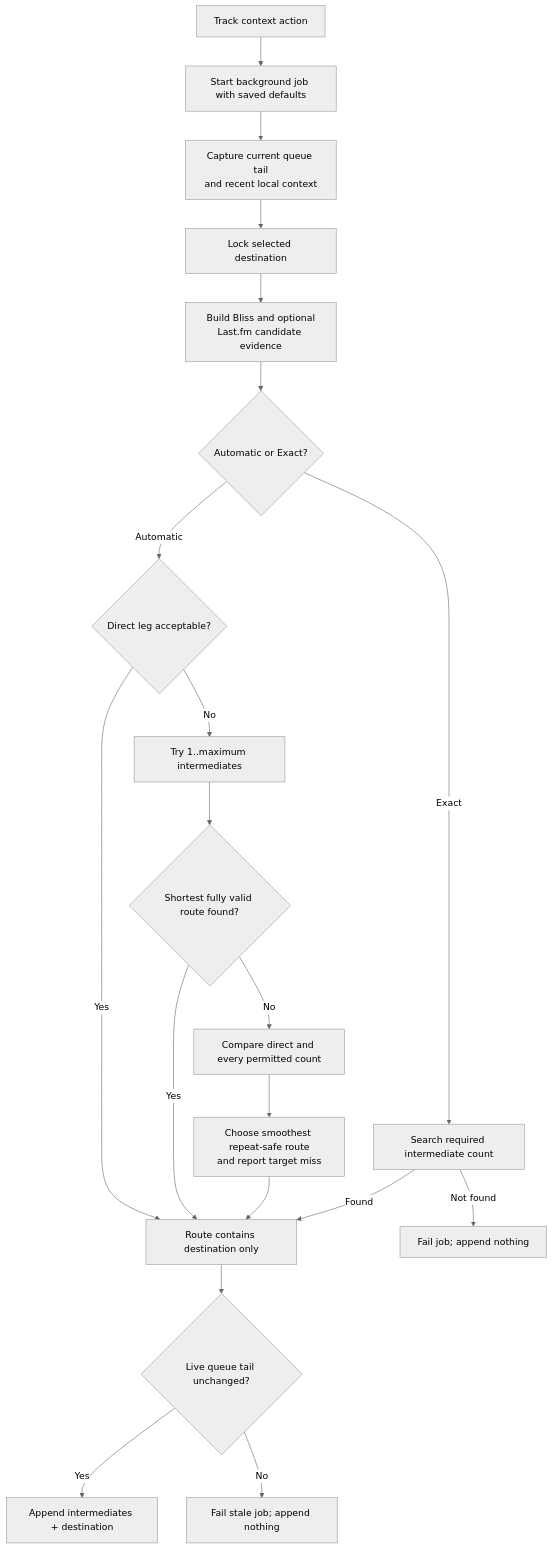
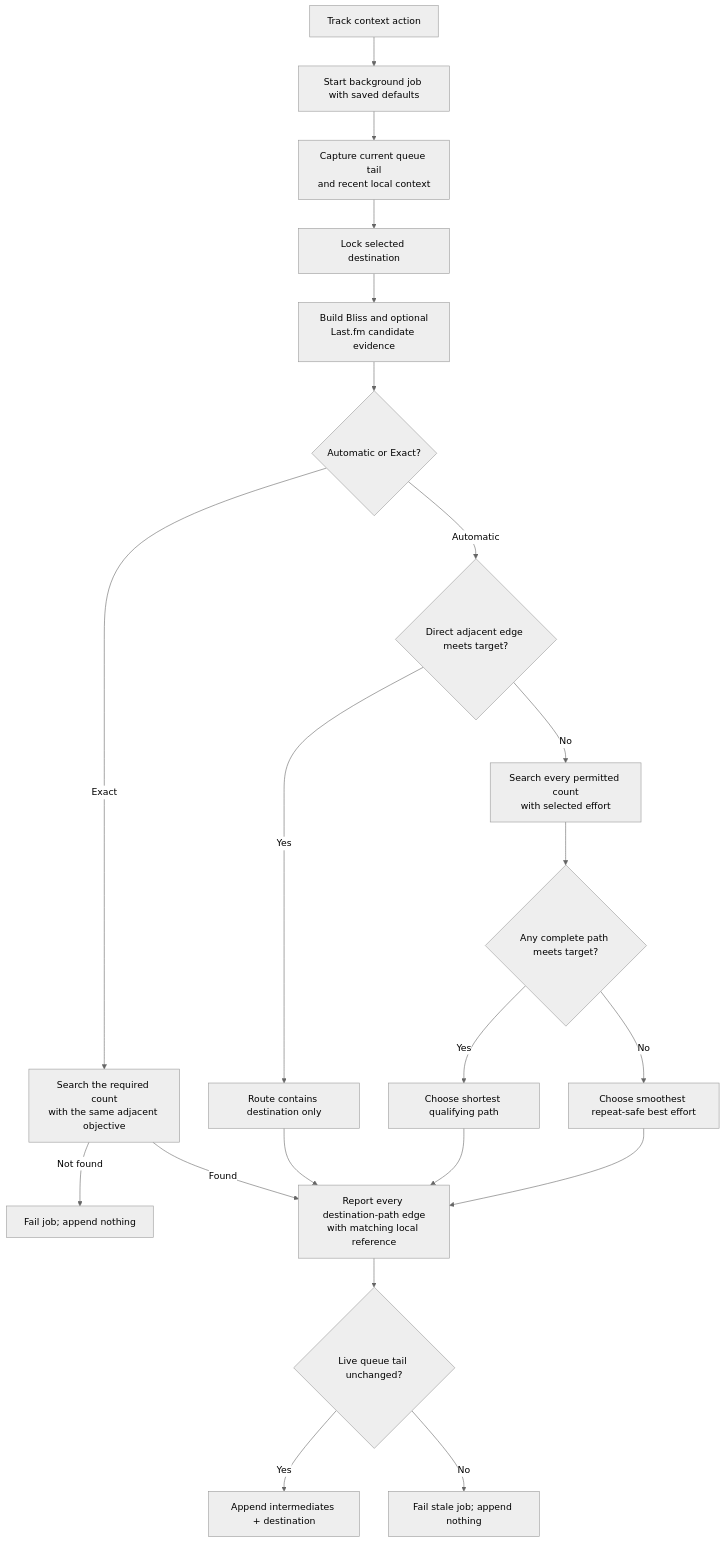
One commit to chrober/lms-better-call-bliss changed the first of 8 diagrams in ALGORITHMS.md. Above: the diagram before and after it, drawn with Mermaid (neutral theme). The commit also changed other lines of this file and 13 other files, not shown here.

Commit message:
Expose destination route search effort

```diff
--- a/ALGORITHMS.md
+++ b/ALGORITHMS.md
@@ -84,22 +85,23 @@
 ~~~mermaid
 flowchart TD
     A["Track context action"] --> B["Start background job with saved defaults"]
     B --> C["Capture current queue tail<br/>and recent local context"]
     C --> D["Lock selected destination"]
     D --> E["Build Bliss and optional<br/>Last.fm candidate evidence"]
     E --> F{"Automatic or Exact?"}
-    F -- Automatic --> G{"Direct leg acceptable?"}
+    F -- Automatic --> G{"Direct adjacent edge meets target?"}
     G -- Yes --> K["Route contains destination only"]
-    G -- No --> H["Try 1..maximum intermediates"]
-    H --> I{"Shortest fully valid route found?"}
-    I -- Yes --> K
-    I -- No --> P["Compare direct and every permitted count"]
-    P --> Q["Choose smoothest repeat-safe route<br/>and report target miss"]
-    Q --> K
-    F -- Exact --> L["Search required intermediate count"]
-    L -- Found --> K
+    G -- No --> H["Search every permitted count<br/>with selected effort"]
+    H --> I{"Any complete path meets target?"}
+    I -- Yes --> P["Choose shortest qualifying path"]
+    I -- No --> Q["Choose smoothest repeat-safe best effort"]
+    F -- Exact --> L["Search the required count<br/>with the same adjacent objective"]
     L -- Not found --> J["Fail job; append nothing"]
-    K --> M{"Live queue tail unchanged?"}
+    L -- Found --> R
+    K --> R["Report every destination-path edge<br/>with matching local reference"]
+    P --> R
+    Q --> R
+    R --> M{"Live queue tail unchanged?"}
     M -- Yes --> N["Append intermediates + destination"]
     M -- No --> O["Fail stale job; append nothing"]
 ~~~
```
